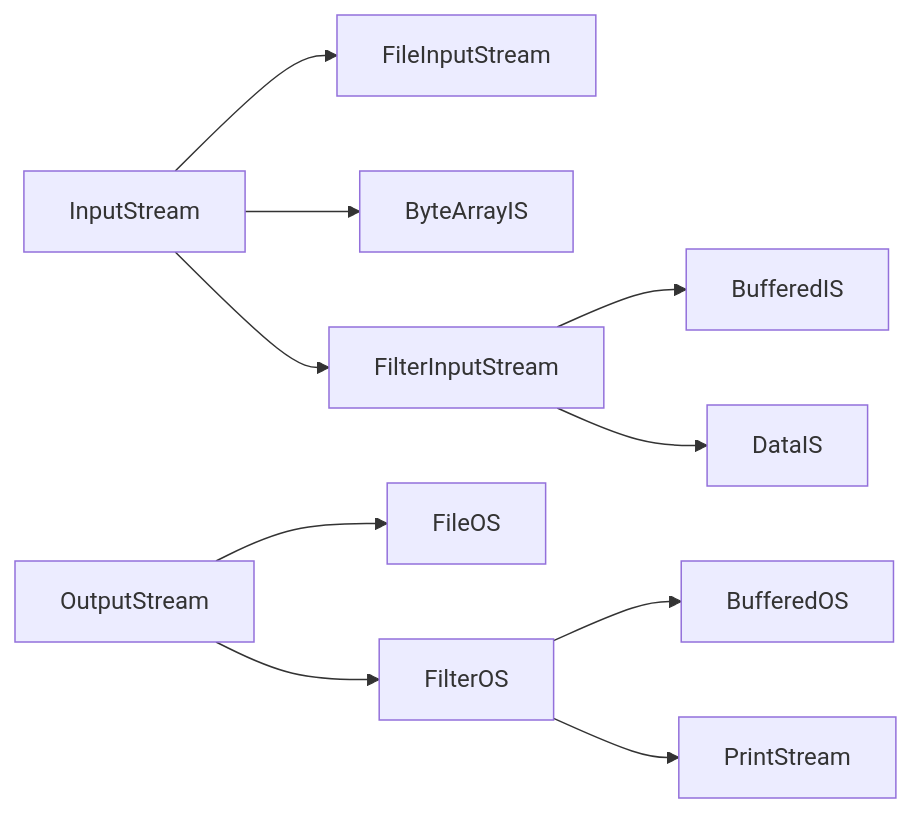
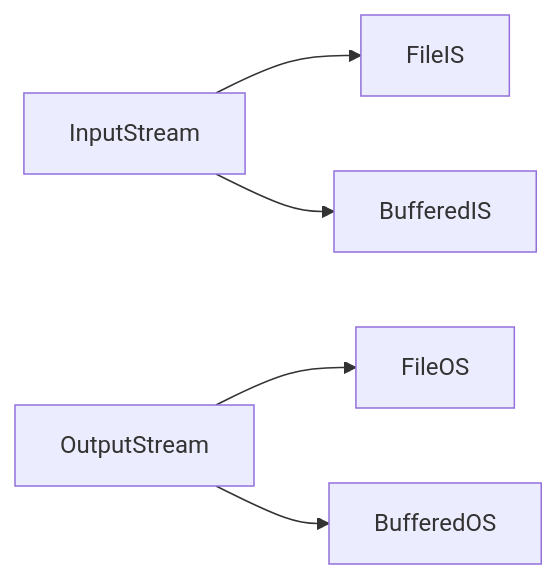
The third of 11 diagrams in _posts/java/2026-05-01-java-io.md (yjkim2015/yjkim2015.github.io), drawn with Mermaid before and after one commit. The commit also changed other lines of this file and 163 other files, not shown here.

First line of the commit message:
Mermaid 300개 블록 내용 축소: 5노드 5엣지 이하, 의미 있는 약어

````diff
--- a/_posts/java/2026-05-01-java-io.md
+++ b/_posts/java/2026-05-01-java-io.md
@@ -52,7 +50,5 @@
 ```mermaid
 graph LR
-    IS["InputStream"] --> FIS["FileInputStream"] & BAIS["ByteArrayIS"]
-    IS --> FLIS["FilterInputStream"] --> BIS["BufferedIS"] & DIS["DataIS"]
-    OS["OutputStream"] --> FOS["FileOS"] & FLOS["FilterOS"]
-    FLOS --> BOS["BufferedOS"] & PS["PrintStream"]
+    IS["InputStream"] --> FIS["FileIS"] & BIS["BufferedIS"]
+    OS["OutputStream"] --> FOS["FileOS"] & BOS["BufferedOS"]
 ```
````
